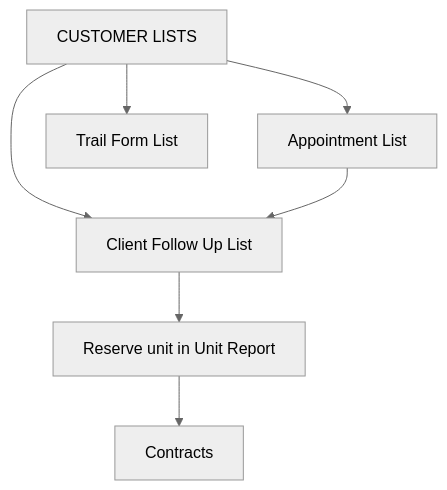
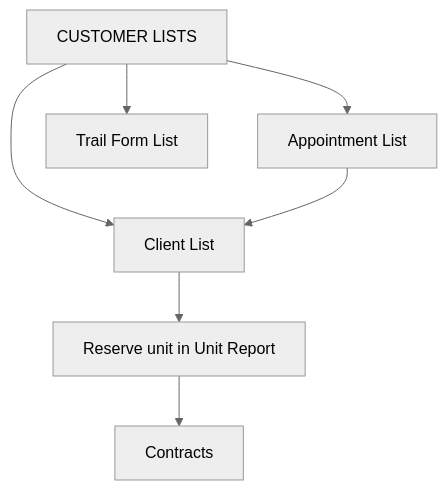
Before and after one commit to johnbalmacedadev-blip/CEMS: the diagram in documentation/docs/modules/customer-lists/index.md, drawn with Mermaid (neutral theme). The commit also changed other lines of this file and 124 other files, not shown here.

````diff
--- a/documentation/docs/modules/customer-lists/index.md
+++ b/documentation/docs/modules/customer-lists/index.md
@@ -17,9 +17,9 @@
 ```mermaid
 flowchart TD
-    CL[CUSTOMER LISTS] --> CF[Client Follow Up List]
+    CL[CUSTOMER LISTS] --> CF[Client List]
     CL --> AP[Appointment List]
     CL --> TF[Trail Form List]
     AP --> CF
     CF --> Reserve[Reserve unit in Unit Report]
     Reserve --> Contract[Contracts]
 ```
````
